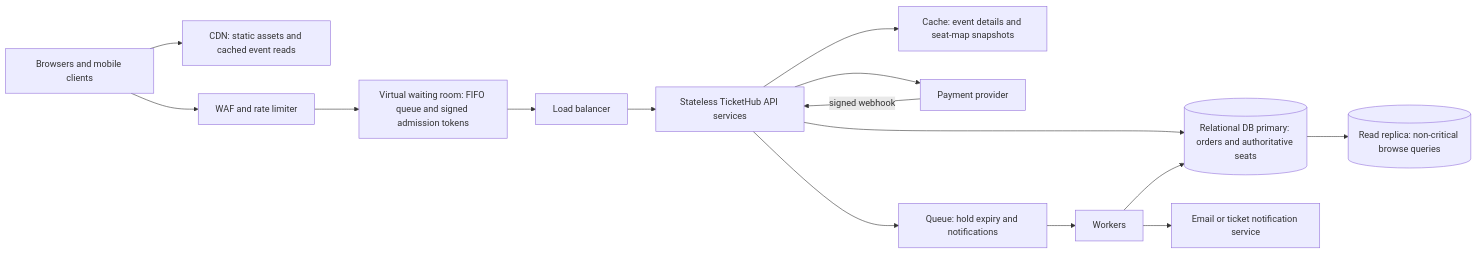
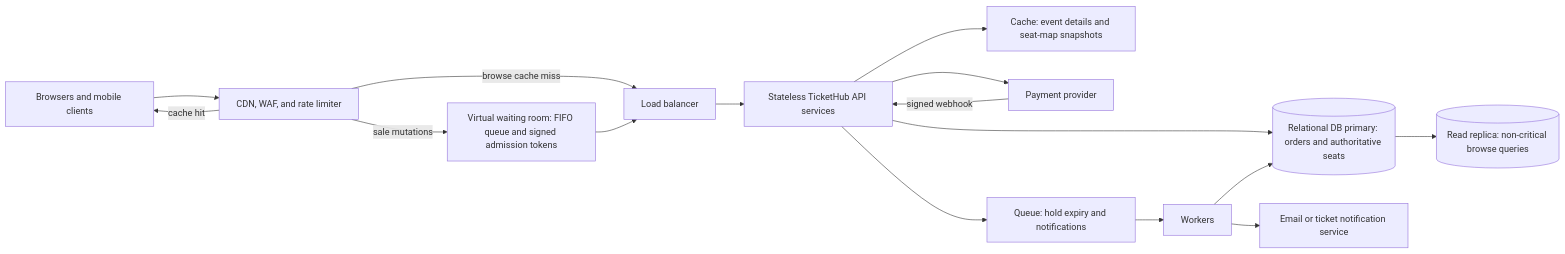
Before and after one commit to oyugia08-source/web-foundations-days: the diagram in day8/ticketing-design.md, drawn with Mermaid. The commit also changed other lines of this file and 6 other files, not shown here.

````diff
--- a/day8/ticketing-design.md
+++ b/day8/ticketing-design.md
@@ -87,17 +120,18 @@
 ```mermaid
 flowchart LR
-    C[Browsers and mobile clients] --> CDN[CDN: static assets and cached event reads]
-    C --> WAF[WAF and rate limiter]
-    WAF --> Q[Virtual waiting room: FIFO queue and signed admission tokens]
+    C[Browsers and mobile clients] --> EDGE[CDN, WAF, and rate limiter]
+    EDGE -->|cache hit| C
+    EDGE -->|browse cache miss| LB[Load balancer]
+    EDGE -->|sale mutations| Q[Virtual waiting room: FIFO queue and signed admission tokens]
     Q --> LB[Load balancer]
     LB --> API[Stateless TicketHub API services]
     API --> CACHE[Cache: event details and seat-map snapshots]
     API --> DB[(Relational DB primary: orders and authoritative seats)]
     DB --> REPLICA[(Read replica: non-critical browse queries)]
     API --> PAY[Payment provider]
     PAY -->|signed webhook| API
     API --> JOBS[Queue: hold expiry and notifications]
     JOBS --> WORKER[Workers]
     WORKER --> DB
     WORKER --> MSG[Email or ticket notification service]
 ```
````
